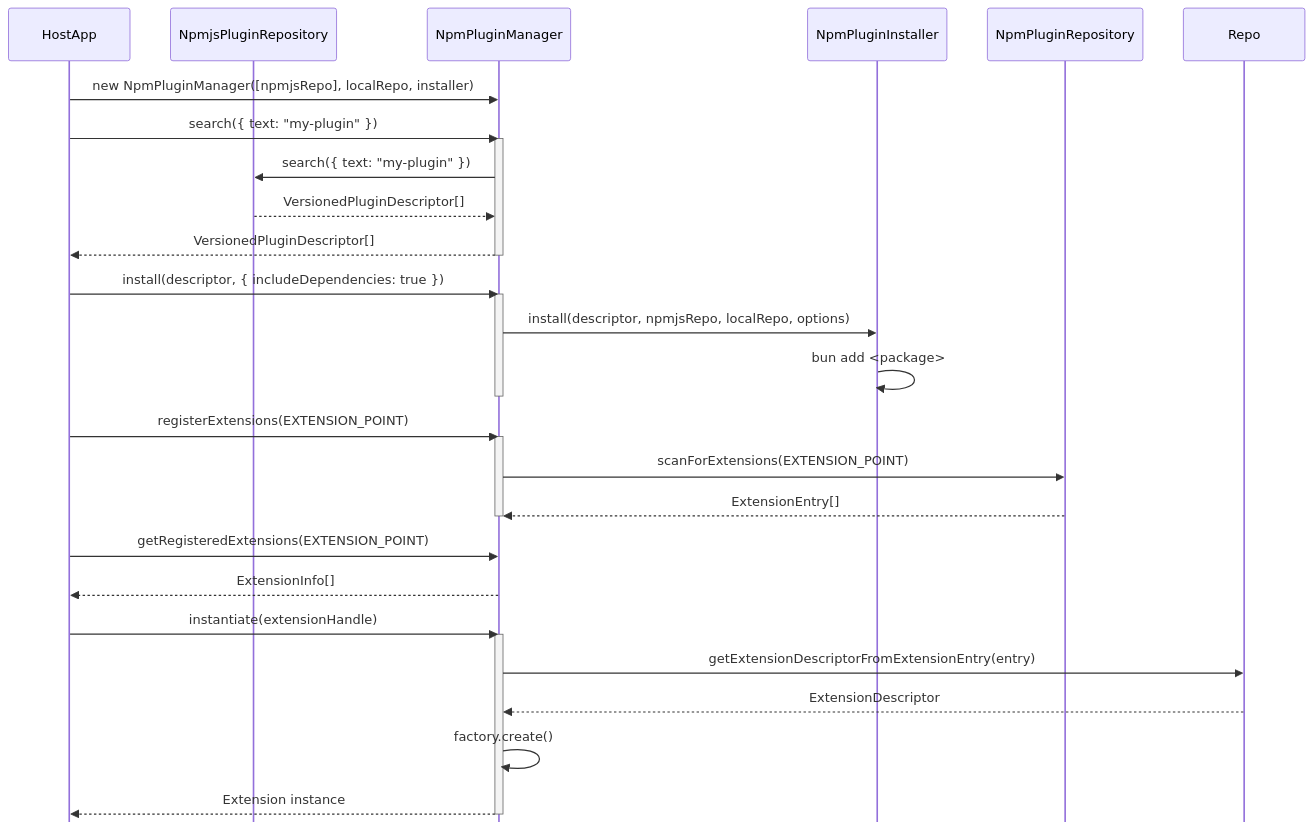
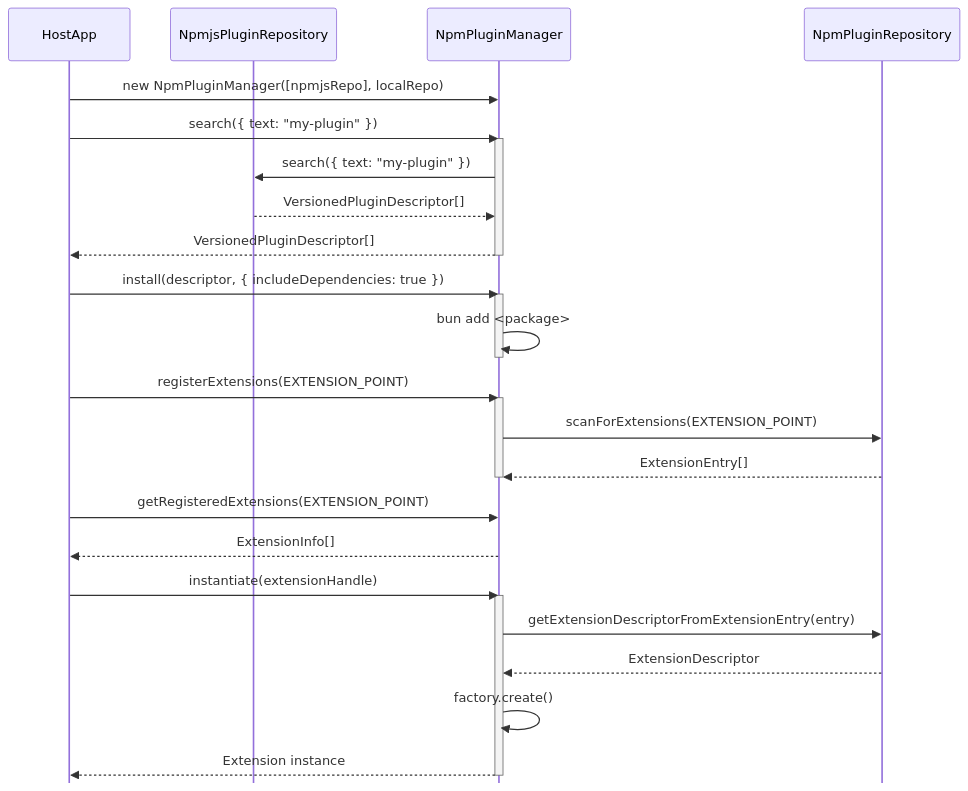
Before and after one commit to flowscripter/dynamic-plugin-framework: the seventh of 7 diagrams in README/implementation-details.md, drawn with Mermaid. The commit also changed other lines of this file and 13 other files, not shown here.

Commit message:
refactor: migrate PluginInstaller functionality into MarketPlacePluginManager

````diff
--- a/README/implementation-details.md
+++ b/README/implementation-details.md
@@ -274,36 +265,34 @@
 ```mermaid
 %%{init: { "sequence": { "mirrorActors":false }}}%%
 sequenceDiagram
     participant HostApp
     participant NPMRepo as NpmjsPluginRepository
     participant Manager as NpmPluginManager
-    participant Installer as NpmPluginInstaller
     participant LocalRepo as NpmPluginRepository
 
-    HostApp->>Manager: new NpmPluginManager([npmjsRepo], localRepo, installer)
+    HostApp->>Manager: new NpmPluginManager([npmjsRepo], localRepo)
     HostApp->>Manager: search({ text: "my-plugin" })
     activate Manager
     Manager->>NPMRepo: search({ text: "my-plugin" })
     NPMRepo-->>Manager: VersionedPluginDescriptor[]
     Manager-->>HostApp: VersionedPluginDescriptor[]
     deactivate Manager
     HostApp->>Manager: install(descriptor, { includeDependencies: true })
     activate Manager
-    Manager->>Installer: install(descriptor, npmjsRepo, localRepo, options)
-    Installer->>Installer: bun add <package>
+    Manager->>Manager: bun add <package>
     deactivate Manager
     HostApp->>Manager: registerExtensions(EXTENSION_POINT)
     activate Manager
     Manager->>LocalRepo: scanForExtensions(EXTENSION_POINT)
     LocalRepo-->>Manager: ExtensionEntry[]
     deactivate Manager
     HostApp->>Manager: getRegisteredExtensions(EXTENSION_POINT)
     Manager-->>HostApp: ExtensionInfo[]
     HostApp->>Manager: instantiate(extensionHandle)
     activate Manager
-    Manager->>Repo: getExtensionDescriptorFromExtensionEntry(entry)
-    Repo-->>Manager: ExtensionDescriptor
+    Manager->>LocalRepo: getExtensionDescriptorFromExtensionEntry(entry)
+    LocalRepo-->>Manager: ExtensionDescriptor
     Manager->>Manager: factory.create()
     Manager-->>HostApp: Extension instance
     deactivate Manager
 ```
````
